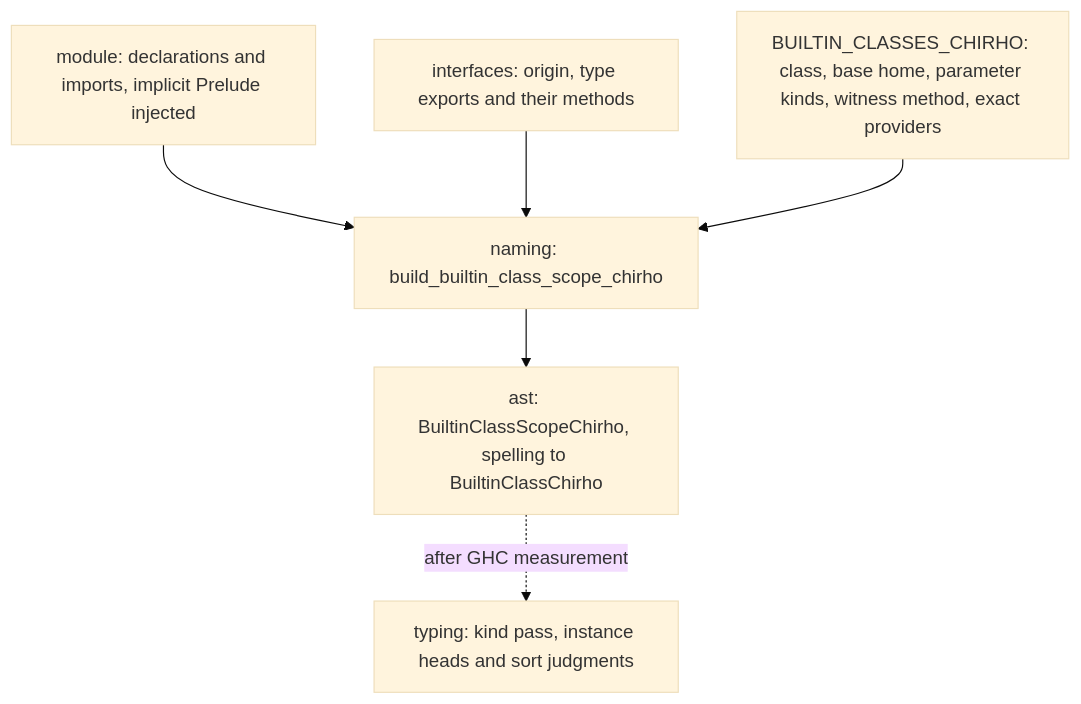
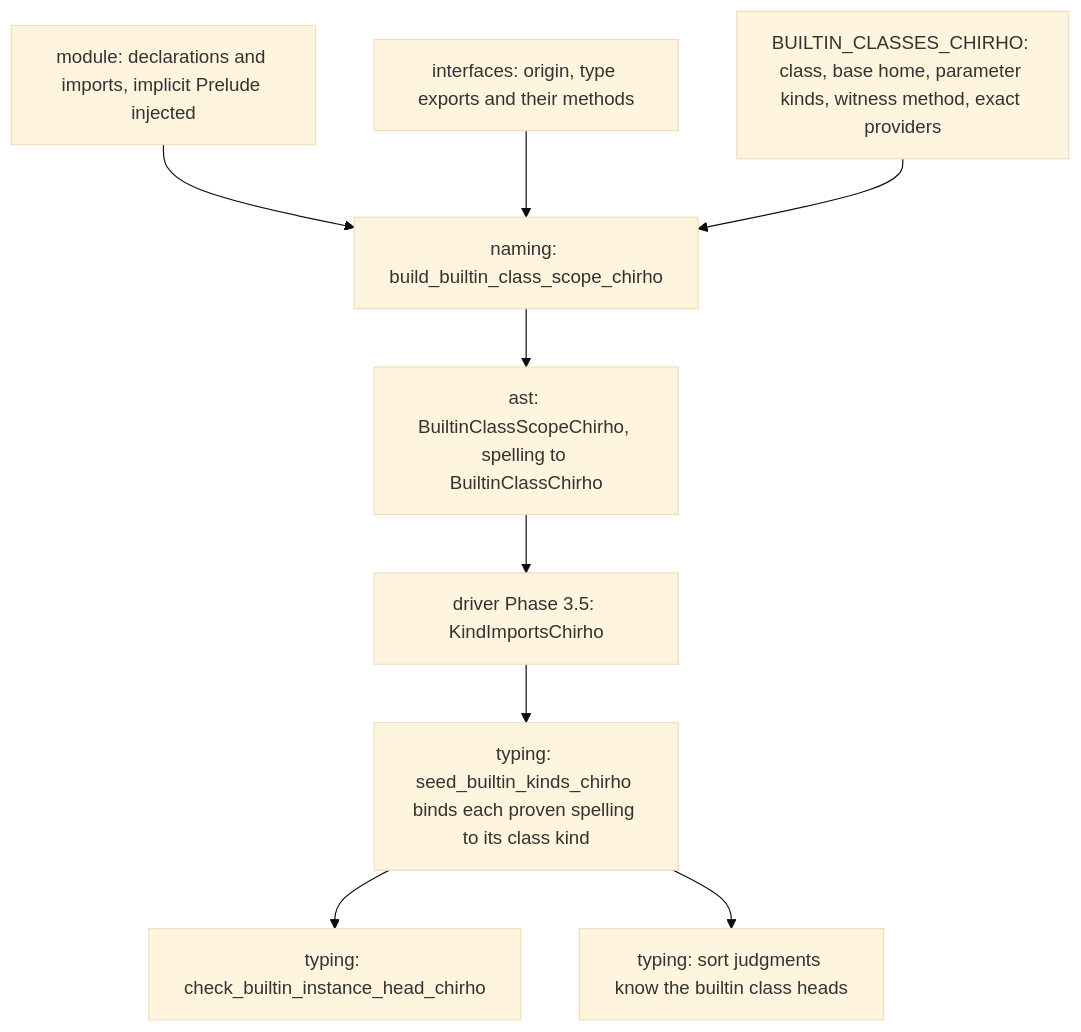
The diagram in spec-chirho/workflows-chirho/compiler-pipeline-chirho/builtin-class-identity-chirho.md (loveJesus/haskelujah-chirho), drawn with Mermaid (base theme) before and after one commit. The commit also changed other lines of this file and 9 other files, not shown here.

````diff
--- a/spec-chirho/workflows-chirho/compiler-pipeline-chirho/builtin-class-identity-chirho.md
+++ b/spec-chirho/workflows-chirho/compiler-pipeline-chirho/builtin-class-identity-chirho.md
@@ -7,8 +7,11 @@
 ```mermaid
 flowchart TD
     module_chirho["module: declarations and imports, implicit Prelude injected"] --> build_chirho["naming: build_builtin_class_scope_chirho"]
     ifaces_chirho["interfaces: origin, type exports and their methods"] --> build_chirho
     table_chirho["BUILTIN_CLASSES_CHIRHO: class, base home, parameter kinds, witness method, exact providers"] --> build_chirho
     build_chirho --> scope_chirho["ast: BuiltinClassScopeChirho, spelling to BuiltinClassChirho"]
-    scope_chirho -. "after GHC measurement" .-> kinds_chirho["typing: kind pass, instance heads and sort judgments"]
+    scope_chirho --> driver_chirho["driver Phase 3.5: KindImportsChirho"]
+    driver_chirho --> seed_chirho["typing: seed_builtin_kinds_chirho binds each proven spelling to its class kind"]
+    seed_chirho --> heads_chirho["typing: check_builtin_instance_head_chirho"]
+    seed_chirho --> sorts_chirho["typing: sort judgments know the builtin class heads"]
 ```
````
